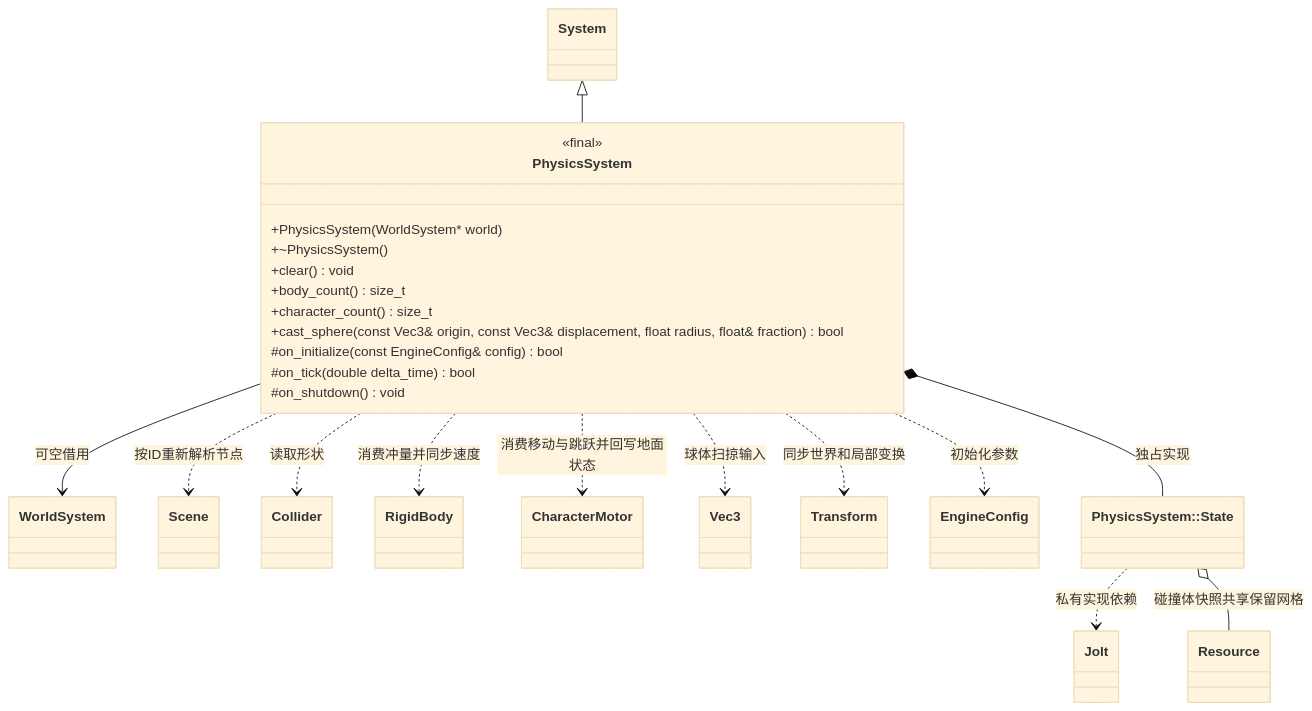
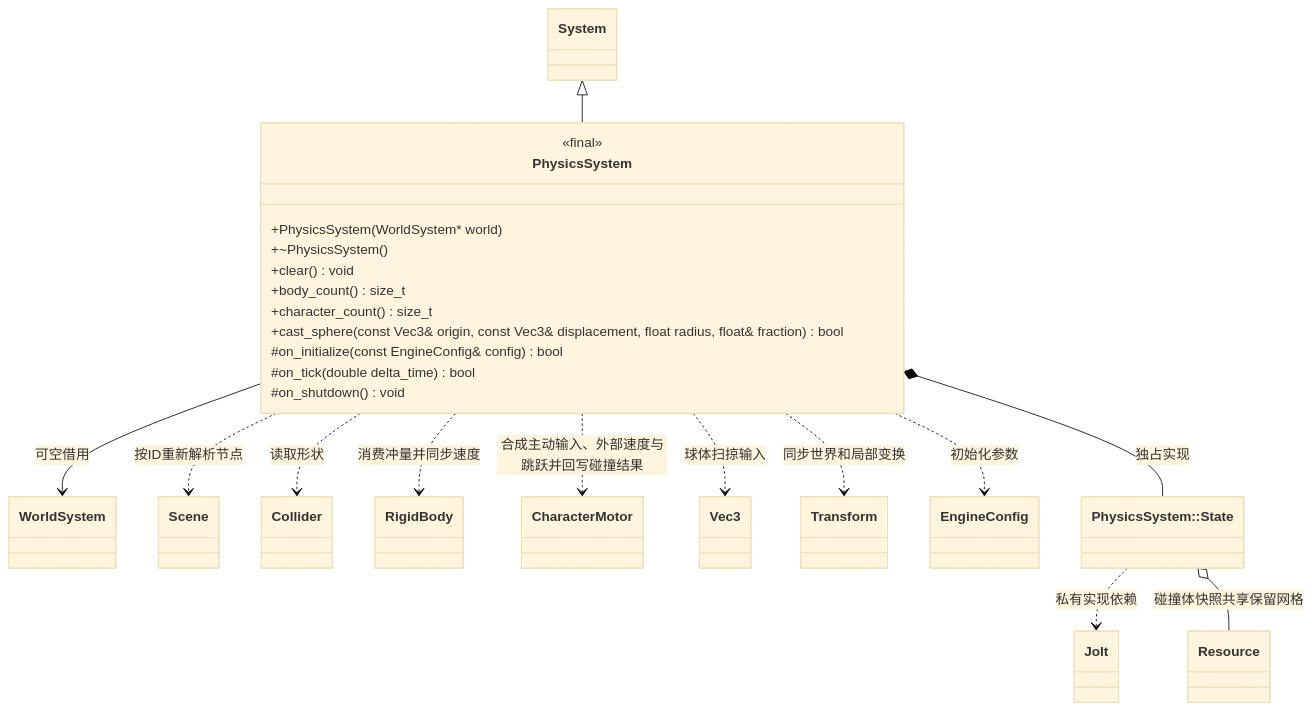
One commit to lcals/Engine changed the diagram in docs/runtime/class-diagrams/physics-system.md. Above: the diagram before and after it, drawn with Mermaid (base theme). The commit also changed other lines of this file and 65 other files, not shown here.

````diff
--- a/docs/runtime/class-diagrams/physics-system.md
+++ b/docs/runtime/class-diagrams/physics-system.md
@@ -7,39 +7,39 @@
 ```mermaid
 classDiagram
     class PhysicsSystem {
         <<final>>
         +PhysicsSystem(WorldSystem#42; world)
         +~PhysicsSystem()
         +clear() void
         +body_count() size_t
         +character_count() size_t
         +cast_sphere(const Vec3& origin, const Vec3& displacement, float radius, float& fraction) bool
         #on_initialize(const EngineConfig& config) bool
         #on_tick(double delta_time) bool
         #on_shutdown() void
     }
     class System
     class WorldSystem
     class Scene
     class Collider
     class RigidBody
     class CharacterMotor
     class Vec3
     class Transform
     class EngineConfig
     class PhysicsState["PhysicsSystem::State"]
     class Jolt["Jolt"]
     class Resource
     System <|-- PhysicsSystem
     PhysicsSystem --> WorldSystem : 可空借用
     PhysicsSystem *-- PhysicsState : 独占实现
     PhysicsState ..> Jolt : 私有实现依赖
     PhysicsState o-- Resource : 碰撞体快照共享保留网格
     PhysicsSystem ..> Scene : 按ID重新解析节点
     PhysicsSystem ..> Collider : 读取形状
     PhysicsSystem ..> RigidBody : 消费冲量并同步速度
-    PhysicsSystem ..> CharacterMotor : 消费移动与跳跃并回写地面状态
+    PhysicsSystem ..> CharacterMotor : 合成主动输入、外部速度与跳跃并回写碰撞结果
     PhysicsSystem ..> Vec3 : 球体扫掠输入
     PhysicsSystem ..> Transform : 同步世界和局部变换
     PhysicsSystem ..> EngineConfig : 初始化参数
 ```
````
